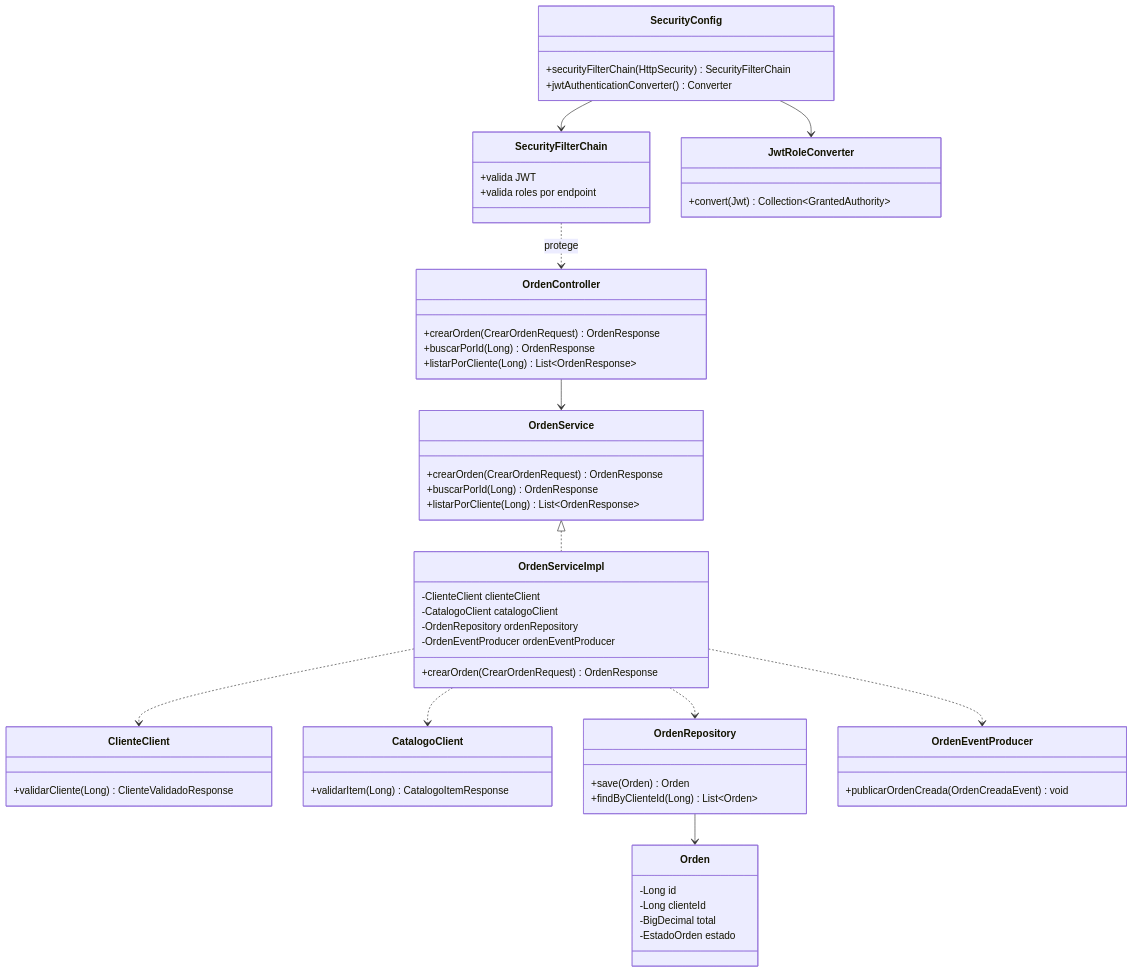
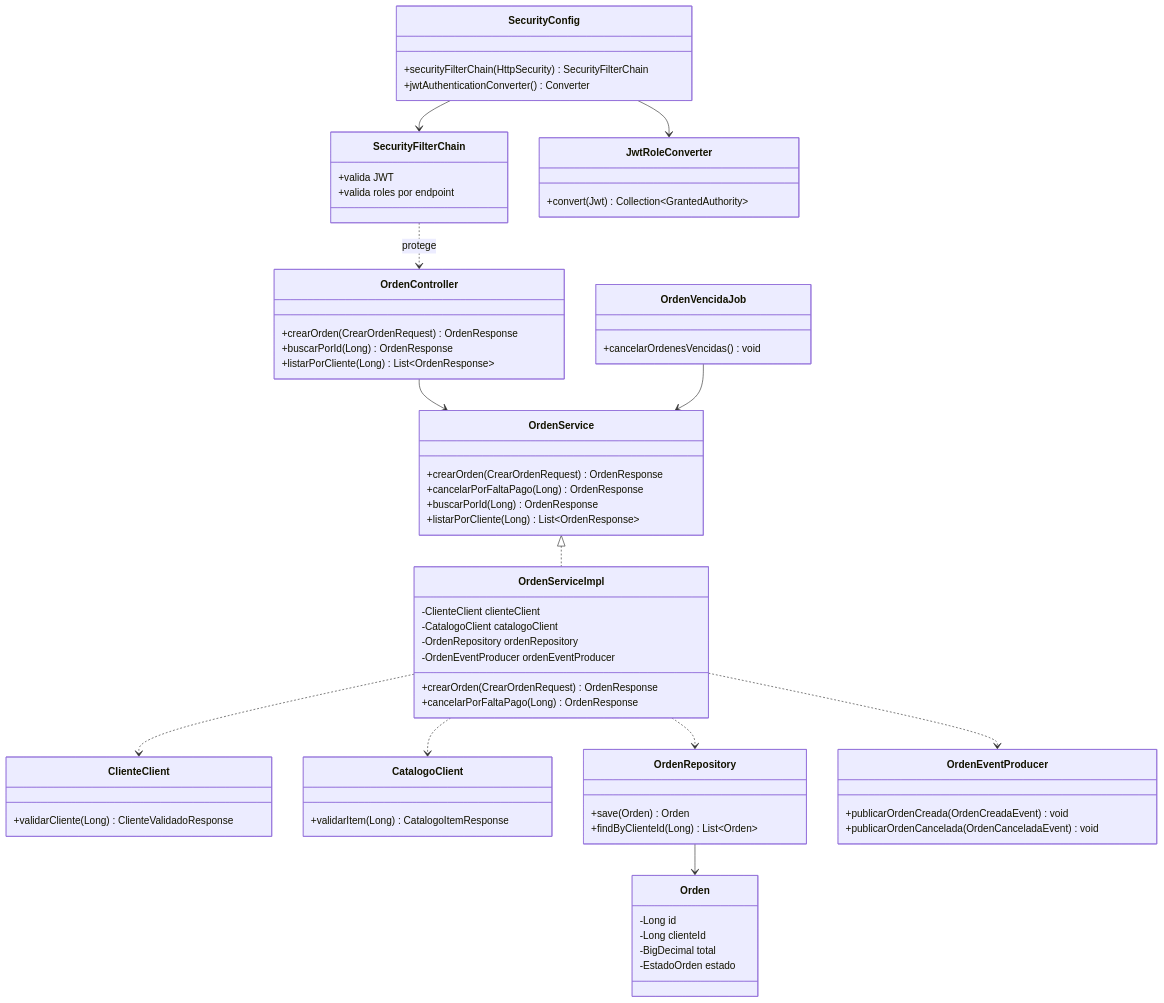
Before and after one commit to 262dist/pagatu: diagram 15 of 17 in README_02_ARQUITECTURA_DETALLADA.md, drawn with Mermaid. The commit also changed other lines of this file, not shown here.

````diff
--- a/README_02_ARQUITECTURA_DETALLADA.md
+++ b/README_02_ARQUITECTURA_DETALLADA.md
@@ -782,71 +781,79 @@
 ```mermaid
 classDiagram
     class SecurityConfig {
         +securityFilterChain(HttpSecurity) SecurityFilterChain
         +jwtAuthenticationConverter() Converter
     }
 
     class SecurityFilterChain {
         +valida JWT
         +valida roles por endpoint
     }
 
     class JwtRoleConverter {
         +convert(Jwt) Collection~GrantedAuthority~
     }
 
     class OrdenController {
         +crearOrden(CrearOrdenRequest) OrdenResponse
         +buscarPorId(Long) OrdenResponse
         +listarPorCliente(Long) List~OrdenResponse~
     }
 
+    class OrdenVencidaJob {
+        +cancelarOrdenesVencidas() void
+    }
+
     class OrdenService {
         +crearOrden(CrearOrdenRequest) OrdenResponse
+        +cancelarPorFaltaPago(Long) OrdenResponse
         +buscarPorId(Long) OrdenResponse
         +listarPorCliente(Long) List~OrdenResponse~
     }
 
     class OrdenServiceImpl {
         -ClienteClient clienteClient
         -CatalogoClient catalogoClient
         -OrdenRepository ordenRepository
         -OrdenEventProducer ordenEventProducer
         +crearOrden(CrearOrdenRequest) OrdenResponse
+        +cancelarPorFaltaPago(Long) OrdenResponse
     }
 
     class ClienteClient {
         +validarCliente(Long) ClienteValidadoResponse
     }
 
     class CatalogoClient {
         +validarItem(Long) CatalogoItemResponse
     }
 
     class OrdenRepository {
         +save(Orden) Orden
         +findByClienteId(Long) List~Orden~
     }
 
     class OrdenEventProducer {
         +publicarOrdenCreada(OrdenCreadaEvent) void
+        +publicarOrdenCancelada(OrdenCanceladaEvent) void
     }
 
     class Orden {
         -Long id
         -Long clienteId
         -BigDecimal total
         -EstadoOrden estado
     }
 
     SecurityConfig --> SecurityFilterChain
     SecurityConfig --> JwtRoleConverter
     SecurityFilterChain ..> OrdenController : protege
     OrdenController --> OrdenService
+    OrdenVencidaJob --> OrdenService
     OrdenService <|.. OrdenServiceImpl
     OrdenServiceImpl ..> ClienteClient
     OrdenServiceImpl ..> CatalogoClient
     OrdenServiceImpl ..> OrdenRepository
     OrdenServiceImpl ..> OrdenEventProducer
     OrdenRepository --> Orden
 ```
````
